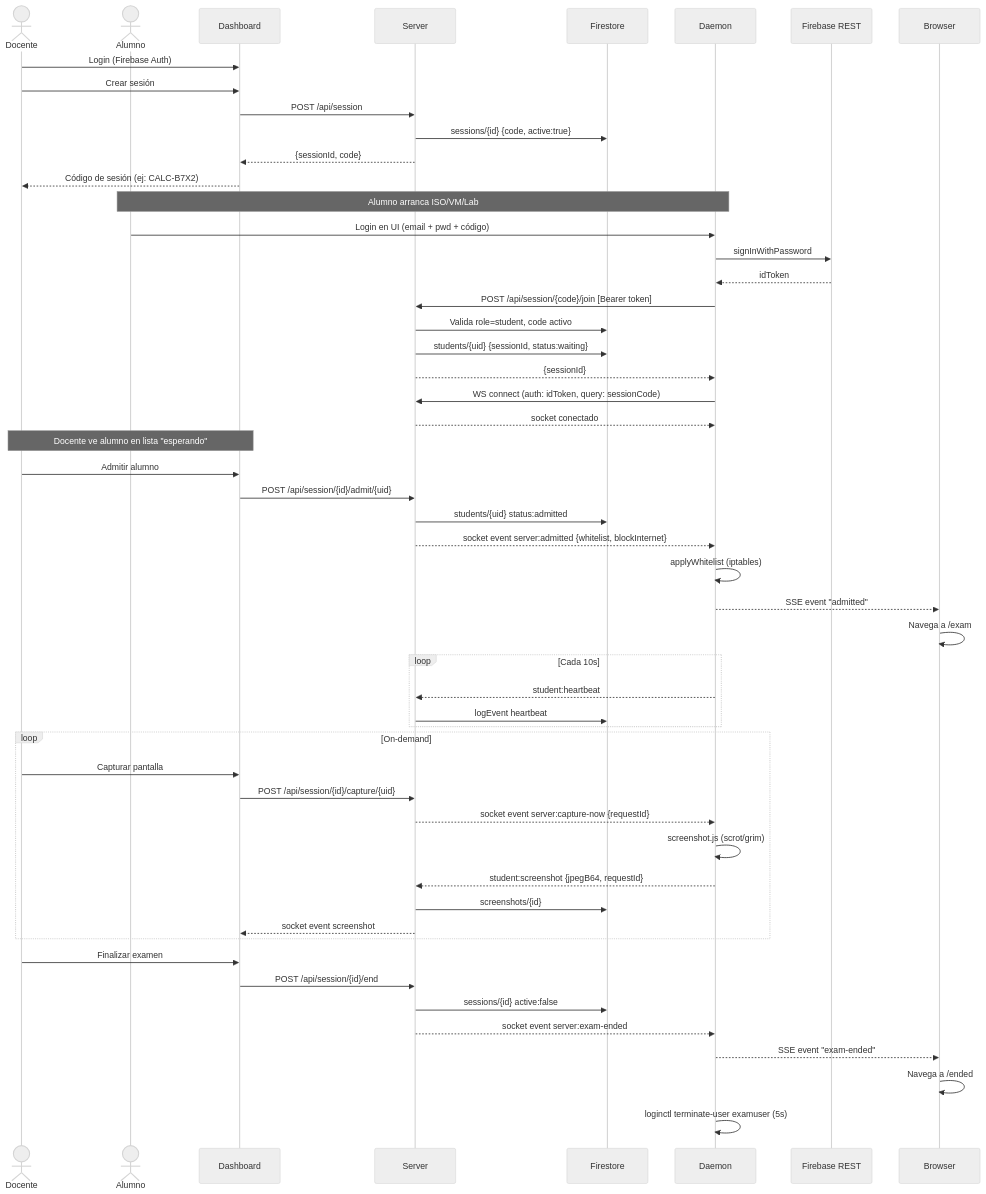
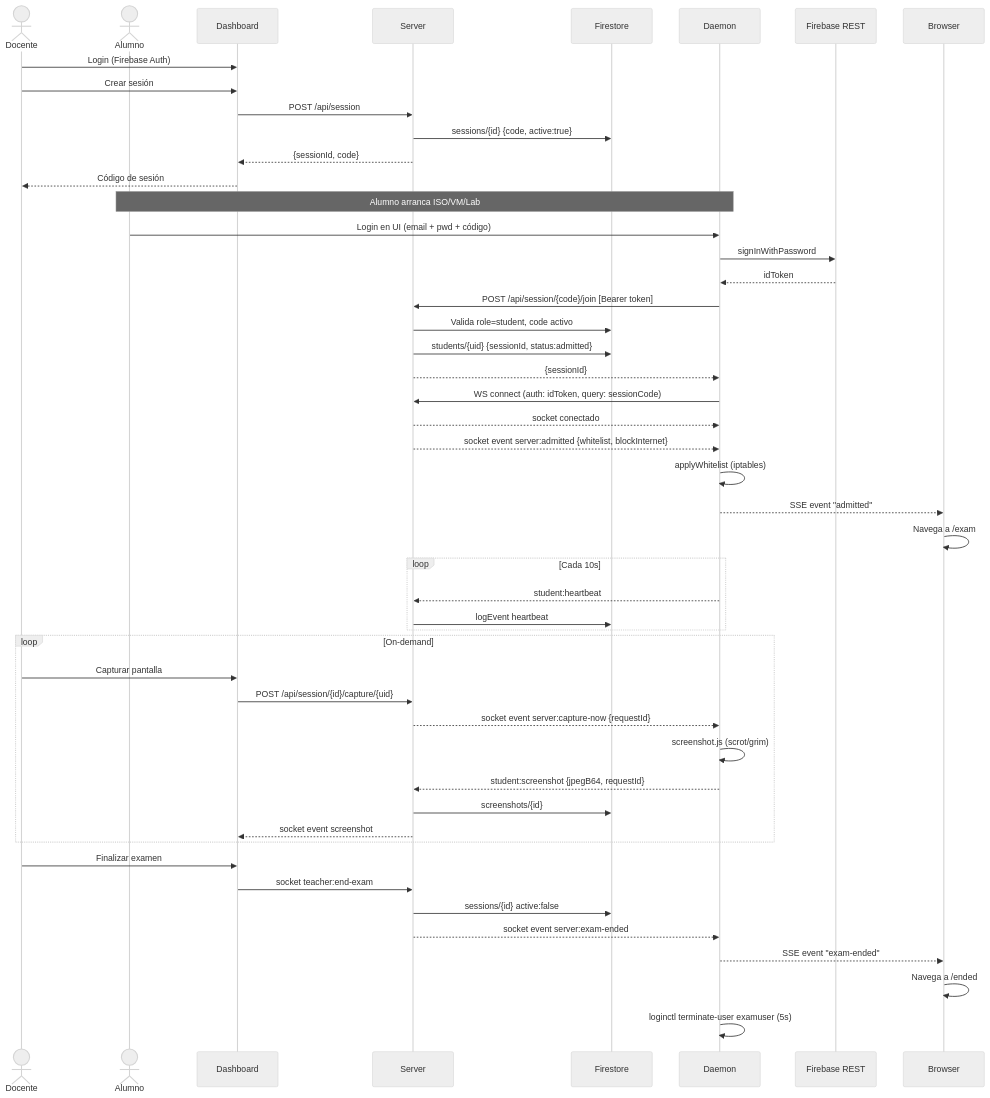
One commit to daniel-baf/virtua-ExamLock changed the second of 6 diagrams in docs/architecture.md. Above: the diagram before and after it, drawn with Mermaid (neutral theme). The commit also changed other lines of this file and 43 other files, not shown here.

````diff
--- a/docs/architecture.md
+++ b/docs/architecture.md
@@ -51,59 +51,55 @@
 ```mermaid
 sequenceDiagram
     actor Docente
     actor Alumno
     participant Dashboard
     participant Server
     participant Firestore
     participant Daemon
 
     Docente->>Dashboard: Login (Firebase Auth)
     Docente->>Dashboard: Crear sesión
     Dashboard->>Server: POST /api/session
     Server->>Firestore: sessions/{id} {code, active:true}
     Server-->>Dashboard: {sessionId, code}
-    Dashboard-->>Docente: Código de sesión (ej: CALC-B7X2)
+    Dashboard-->>Docente: Código de sesión
 
     Note over Alumno,Daemon: Alumno arranca ISO/VM/Lab
     Alumno->>Daemon: Login en UI (email + pwd + código)
     Daemon->>Firebase REST: signInWithPassword
     Firebase REST-->>Daemon: idToken
     Daemon->>Server: POST /api/session/{code}/join  [Bearer token]
     Server->>Firestore: Valida role=student, code activo
-    Server->>Firestore: students/{uid} {sessionId, status:waiting}
+    Server->>Firestore: students/{uid} {sessionId, status:admitted}
     Server-->>Daemon: {sessionId}
     Daemon->>Server: WS connect (auth: idToken, query: sessionCode)
     Server-->>Daemon: socket conectado
 
-    Note over Docente,Dashboard: Docente ve alumno en lista "esperando"
-    Docente->>Dashboard: Admitir alumno
-    Dashboard->>Server: POST /api/session/{id}/admit/{uid}
-    Server->>Firestore: students/{uid} status:admitted
     Server-->>Daemon: socket event server:admitted {whitelist, blockInternet}
     Daemon->>Daemon: applyWhitelist (iptables)
     Daemon-->>Browser: SSE event "admitted"
     Browser->>Browser: Navega a /exam
 
     loop Cada 10s
         Daemon-->>Server: student:heartbeat
         Server->>Firestore: logEvent heartbeat
     end
 
     loop On-demand
         Docente->>Dashboard: Capturar pantalla
         Dashboard->>Server: POST /api/session/{id}/capture/{uid}
         Server-->>Daemon: socket event server:capture-now {requestId}
         Daemon->>Daemon: screenshot.js (scrot/grim)
         Daemon-->>Server: student:screenshot {jpegB64, requestId}
         Server->>Firestore: screenshots/{id}
         Server-->>Dashboard: socket event screenshot
     end
 
     Docente->>Dashboard: Finalizar examen
-    Dashboard->>Server: POST /api/session/{id}/end
+    Dashboard->>Server: socket teacher:end-exam
     Server->>Firestore: sessions/{id} active:false
     Server-->>Daemon: socket event server:exam-ended
     Daemon-->>Browser: SSE event "exam-ended"
     Browser->>Browser: Navega a /ended
     Daemon->>Daemon: loginctl terminate-user examuser (5s)
 ```
````
